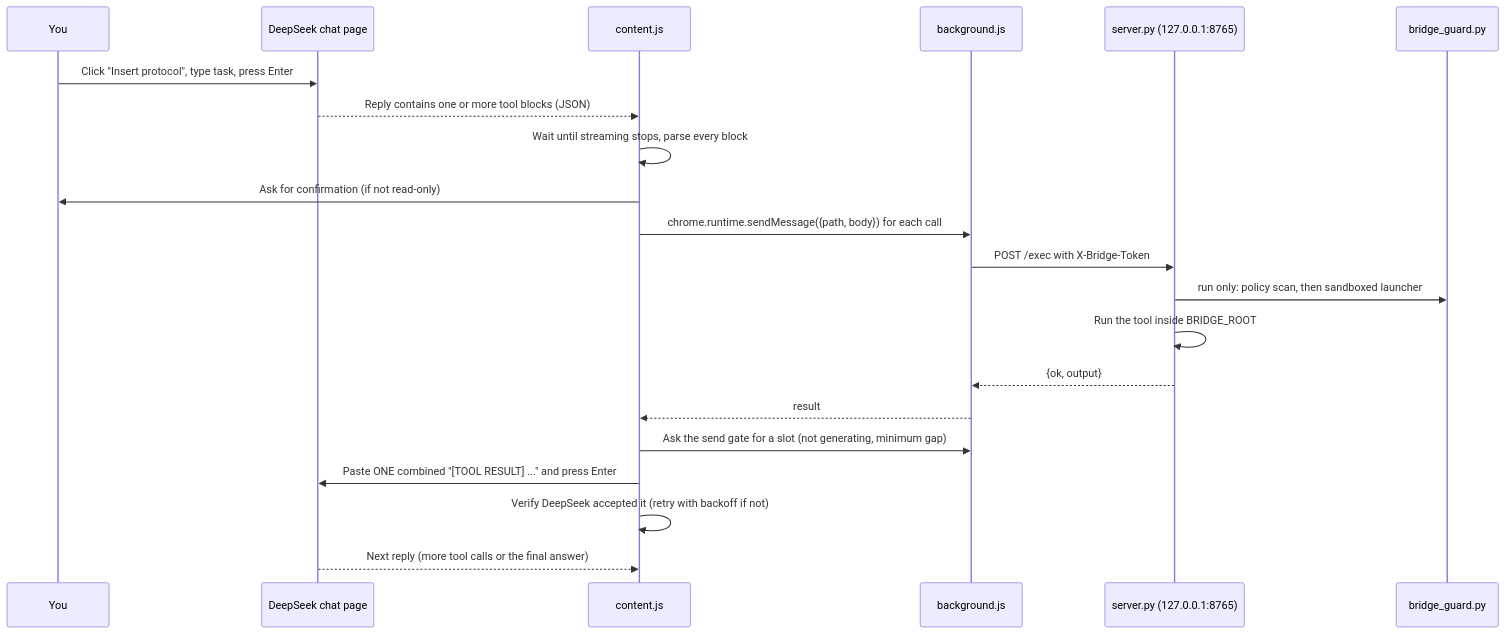
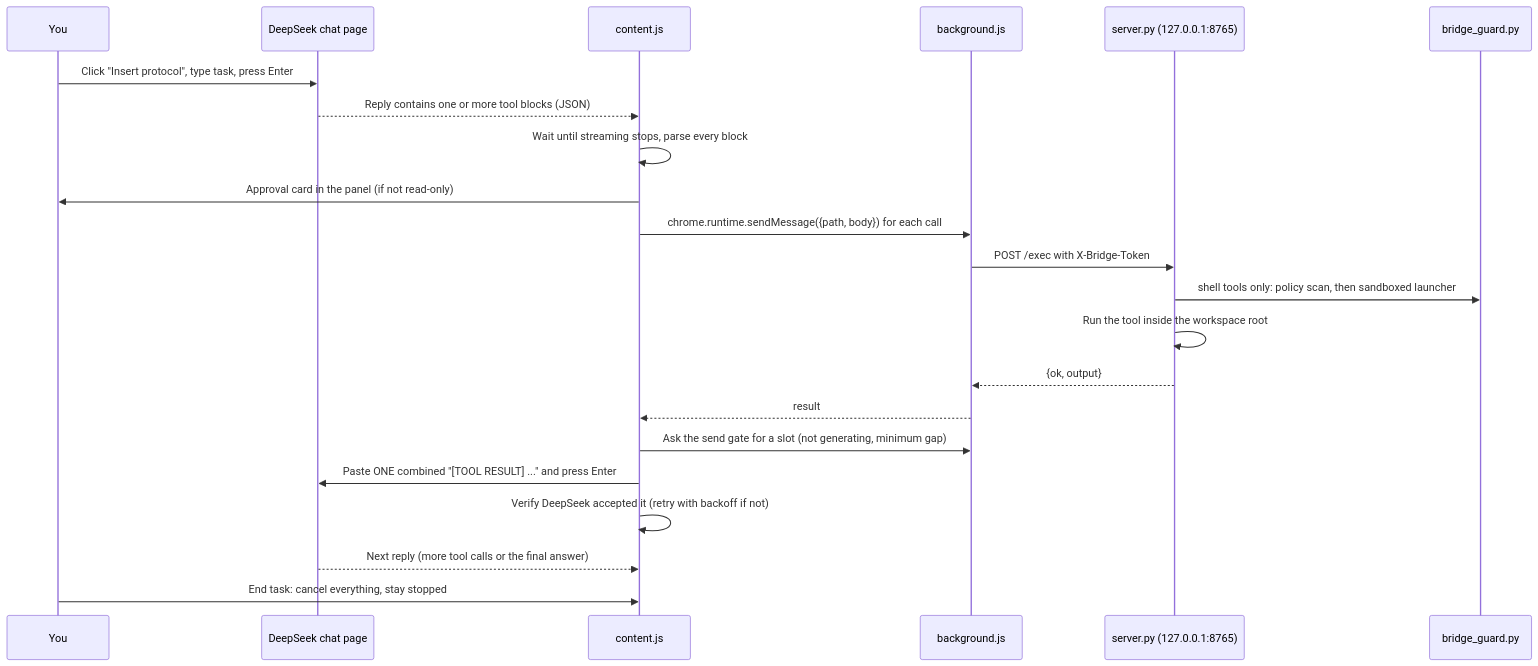
One commit to iftakharahmedchowdhury/Deep-seek-pipeline changed the diagram in README.md. Above: the diagram before and after it, drawn with Mermaid. The commit also changed other lines of this file and 7 other files, not shown here.

````diff
--- a/README.md
+++ b/README.md
@@ -55,24 +58,25 @@
 ```mermaid
 sequenceDiagram
     participant U as You
     participant D as DeepSeek chat page
     participant C as content.js
     participant B as background.js
     participant S as server.py (127.0.0.1:8765)
     participant G as bridge_guard.py
 
     U->>D: Click "Insert protocol", type task, press Enter
     D-->>C: Reply contains one or more tool blocks (JSON)
     C->>C: Wait until streaming stops, parse every block
-    C->>U: Ask for confirmation (if not read-only)
+    C->>U: Approval card in the panel (if not read-only)
     C->>B: chrome.runtime.sendMessage({path, body}) for each call
     B->>S: POST /exec with X-Bridge-Token
-    S->>G: run only: policy scan, then sandboxed launcher
-    S->>S: Run the tool inside BRIDGE_ROOT
+    S->>G: shell tools only: policy scan, then sandboxed launcher
+    S->>S: Run the tool inside the workspace root
     S-->>B: {ok, output}
     B-->>C: result
     C->>B: Ask the send gate for a slot (not generating, minimum gap)
     C->>D: Paste ONE combined "[TOOL RESULT] ..." and press Enter
     C->>C: Verify DeepSeek accepted it (retry with backoff if not)
     D-->>C: Next reply (more tool calls or the final answer)
+    U->>C: End task: cancel everything, stay stopped
 ```
````
